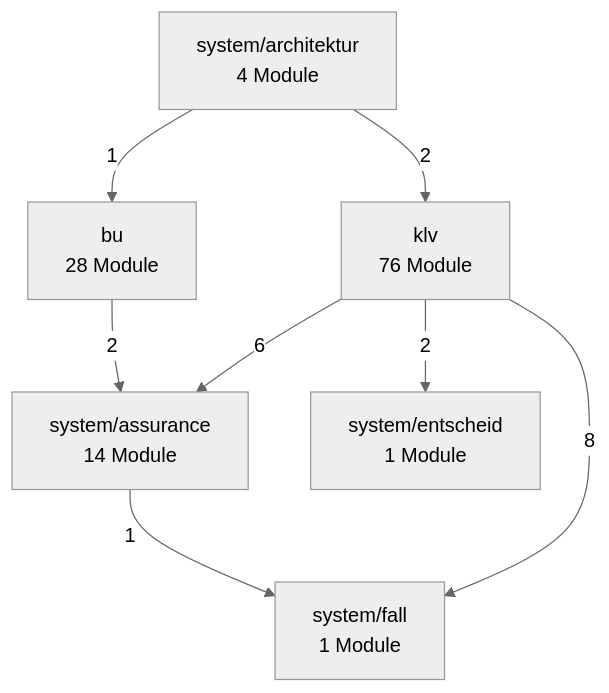
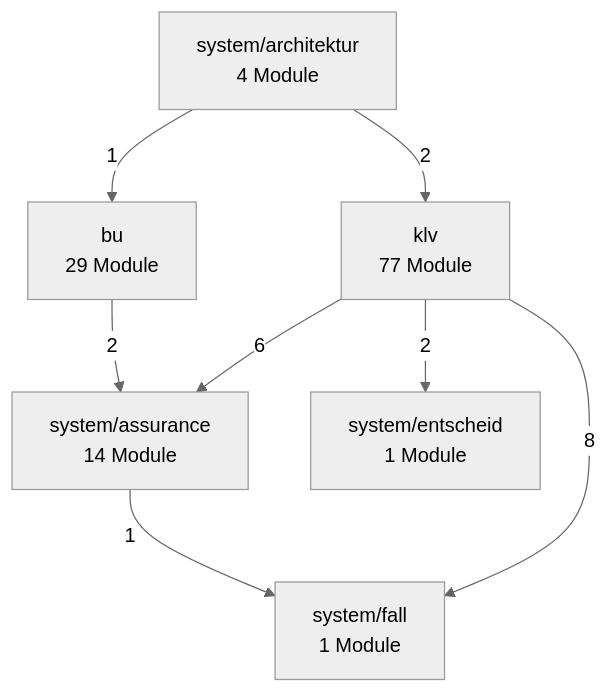
Before and after one commit to bartlmac/rechner-pipeline: the second of 3 diagrams in docs/architektur/landkarte.md, drawn with Mermaid (neutral theme). The commit also changed other lines of this file and 10 other files, not shown here.

````diff
--- a/docs/architektur/landkarte.md
+++ b/docs/architektur/landkarte.md
@@ -74,17 +77,17 @@
 ```mermaid
 %% Fachknoten — erzeugt von ontologie.landkarte
 flowchart TD
-    bu["bu<br/>28 Module"]
-    klv["klv<br/>76 Module"]
+    bu["bu<br/>29 Module"]
+    klv["klv<br/>77 Module"]
     system_architektur["system/architektur<br/>4 Module"]
     system_assurance["system/assurance<br/>14 Module"]
     system_entscheid["system/entscheid<br/>1 Module"]
     system_fall["system/fall<br/>1 Module"]
     bu -- 2 --> system_assurance
     klv -- 6 --> system_assurance
     klv -- 2 --> system_entscheid
     klv -- 8 --> system_fall
     system_architektur -- 1 --> bu
     system_architektur -- 2 --> klv
     system_assurance -- 1 --> system_fall
 ```
````
